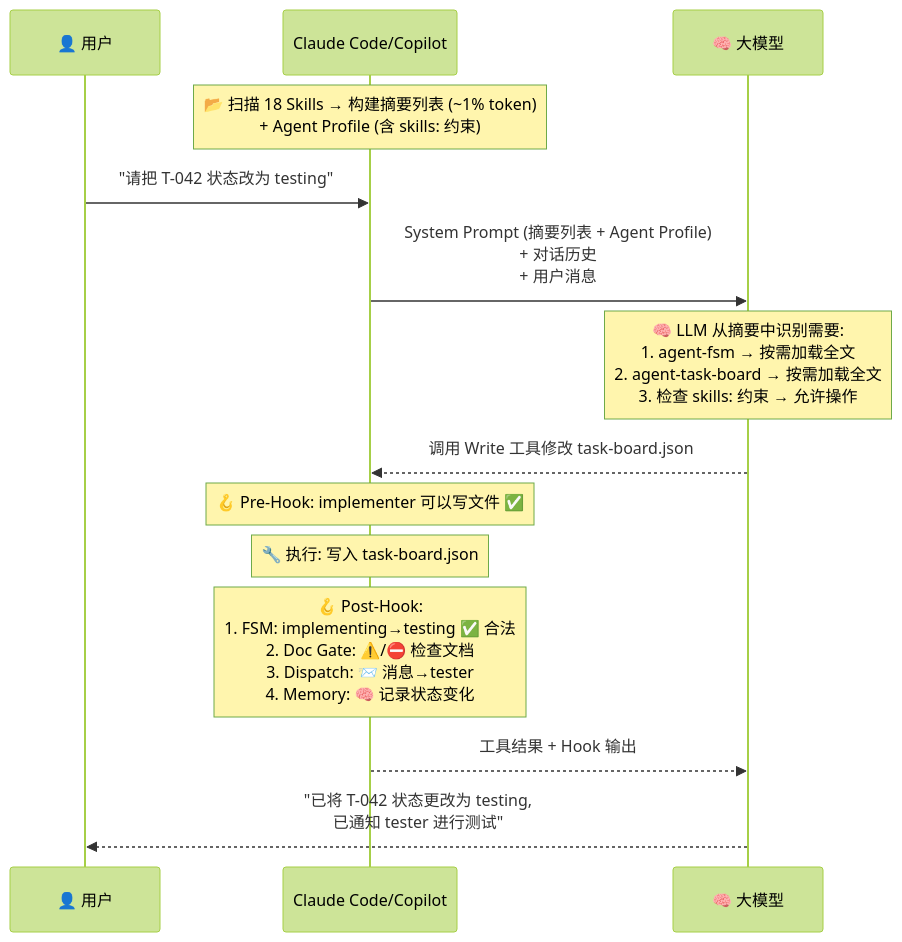
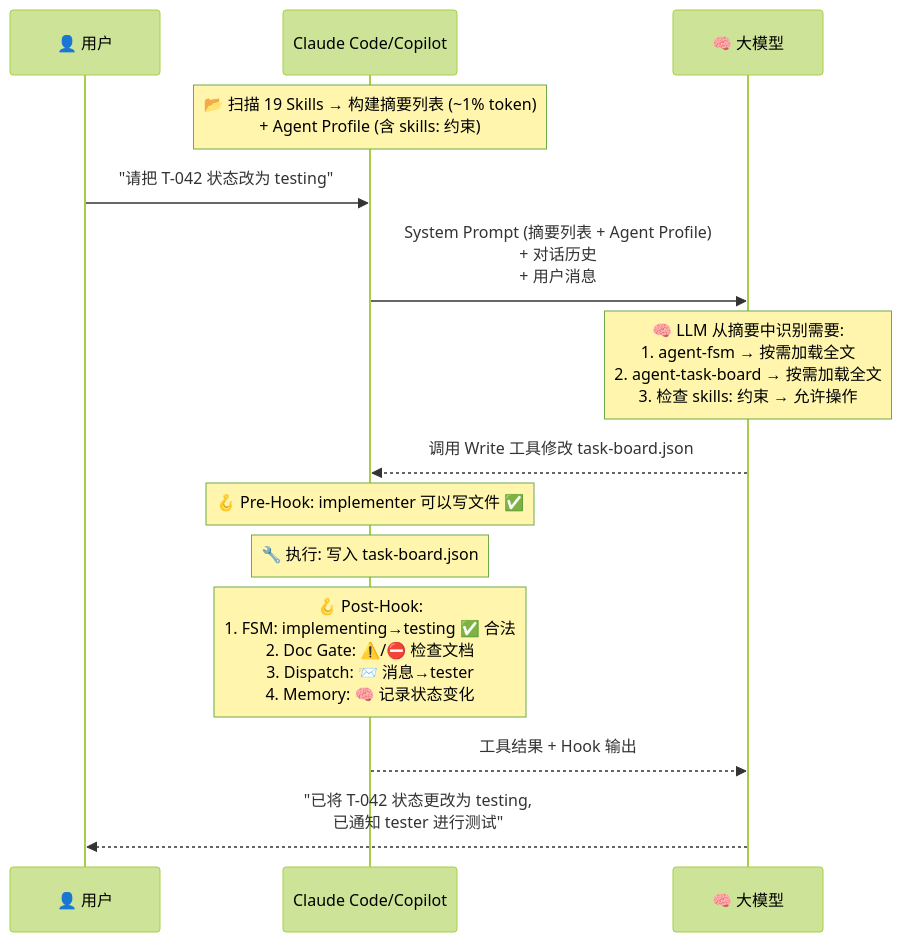
The fifth of 5 diagrams in docs/skills-mechanism.md (cintia09/CodeNook), drawn with Mermaid (forest theme) before and after one commit. The commit also changed other lines of this file and 13 other files, not shown here.

````diff
--- a/docs/skills-mechanism.md
+++ b/docs/skills-mechanism.md
@@ -174,24 +175,24 @@
 ```mermaid
 sequenceDiagram
     participant U as 👤 用户
     participant CC as Claude Code/Copilot
     participant LLM as 🧠 大模型
 
-    Note over CC: 📂 扫描 18 Skills → 构建摘要列表 (~1% token)<br/>+ Agent Profile (含 skills: 约束)
+    Note over CC: 📂 扫描 19 Skills → 构建摘要列表 (~1% token)<br/>+ Agent Profile (含 skills: 约束)
 
     U->>CC: "请把 T-042 状态改为 testing"
 
     CC->>LLM: System Prompt (摘要列表 + Agent Profile)<br/>+ 对话历史<br/>+ 用户消息
 
     Note over LLM: 🧠 LLM 从摘要中识别需要:<br/>1. agent-fsm → 按需加载全文<br/>2. agent-task-board → 按需加载全文<br/>3. 检查 skills: 约束 → 允许操作
 
     LLM-->>CC: 调用 Write 工具修改 task-board.json
 
     Note over CC: 🪝 Pre-Hook: implementer 可以写文件 ✅
     Note over CC: 🔧 执行: 写入 task-board.json
     Note over CC: 🪝 Post-Hook:<br/>1. FSM: implementing→testing ✅ 合法<br/>2. Doc Gate: ⚠️/⛔ 检查文档<br/>3. Dispatch: 📨 消息→tester<br/>4. Memory: 🧠 记录状态变化
 
     CC-->>LLM: 工具结果 + Hook 输出
 
     LLM-->>U: "已将 T-042 状态更改为 testing,<br/>已通知 tester 进行测试"
 ```
````
